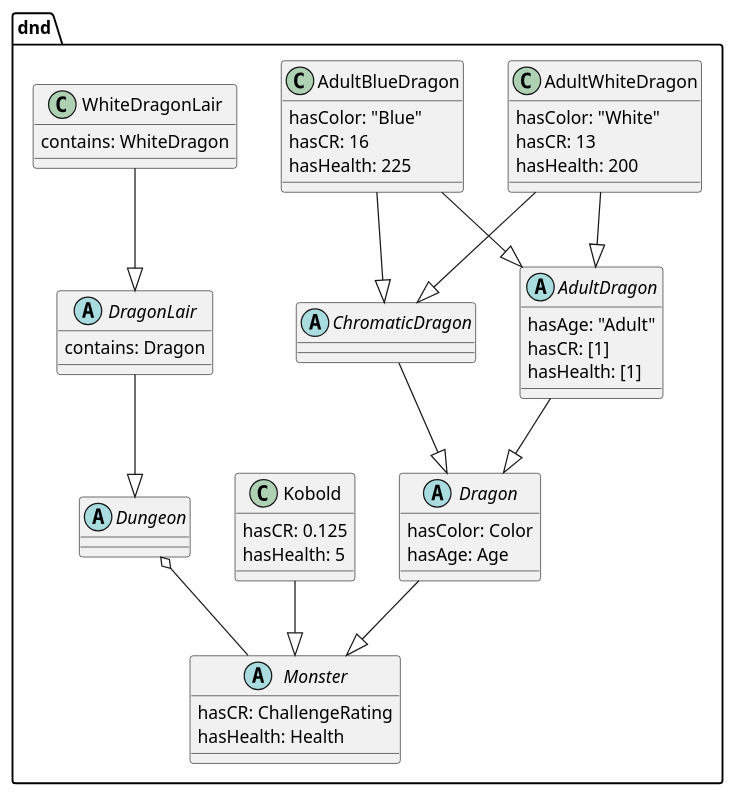
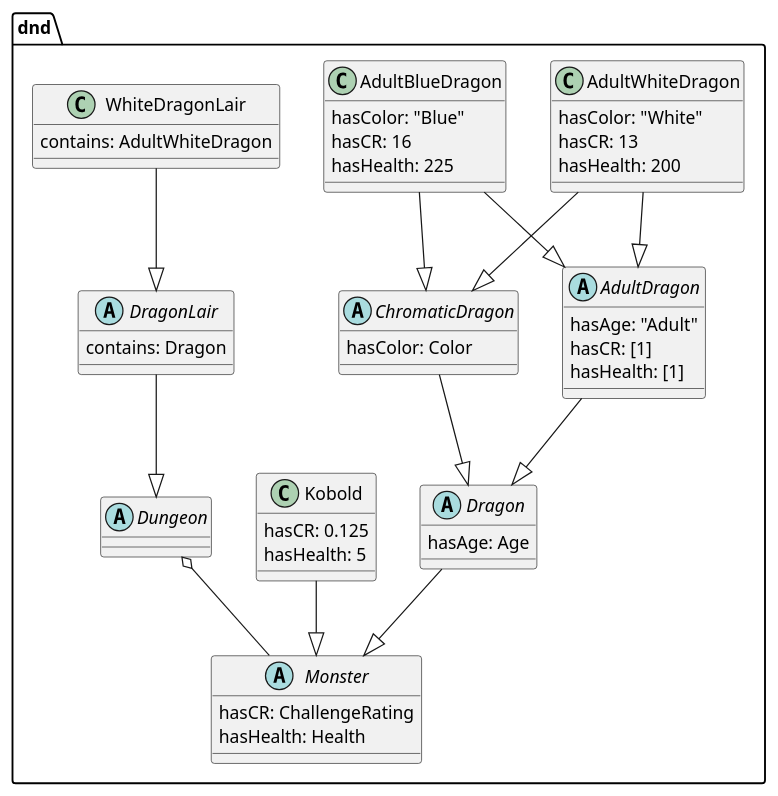
Before and after one commit to 0x65-e/oml-alexandria: the diagram in scripts/diagrams/dungeons.plantuml, drawn with PlantUML. The commit also changed 80 other files, not shown here.

```diff
--- a/scripts/diagrams/dungeons.plantuml
+++ b/scripts/diagrams/dungeons.plantuml
@@ -1,50 +1,51 @@
 @startuml 
 package dnd { 
    abstract class Dungeon 
    abstract class Monster { 
          hasCR: ChallengeRating 
          hasHealth: Health 
       } 
    abstract class Dragon { 
-         hasColor: Color 
          hasAge: Age 
       } 
-   abstract class ChromaticDragon 
+   abstract class ChromaticDragon { 
+         hasColor: Color 
+      } 
    abstract class AdultDragon { 
          hasAge: "Adult" 
          hasCR: [1] 
          hasHealth: [1] 
       } 
    class AdultWhiteDragon { 
          hasColor: "White" 
          hasCR: 13 
          hasHealth: 200 
       } 
    class AdultBlueDragon { 
          hasColor: "Blue" 
          hasCR: 16 
          hasHealth: 225 
       } 
    class Kobold { 
          hasCR: 0.125 
          hasHealth: 5 
       } 
    abstract class DragonLair { 
          contains: Dragon 
       } 
    class WhiteDragonLair { 
-         contains: WhiteDragon 
+         contains: AdultWhiteDragon 
       } 
    Dungeon o-- Monster 
    Dragon --|> Monster 
    ChromaticDragon --|> Dragon 
    AdultDragon --|> Dragon 
    AdultWhiteDragon --|> AdultDragon 
    AdultWhiteDragon --|> ChromaticDragon 
    AdultBlueDragon --|> AdultDragon 
    AdultBlueDragon --|> ChromaticDragon 
    Kobold --|> Monster 
    DragonLair --|> Dungeon 
    WhiteDragonLair --|> DragonLair 
    } 
 @enduml 
```
